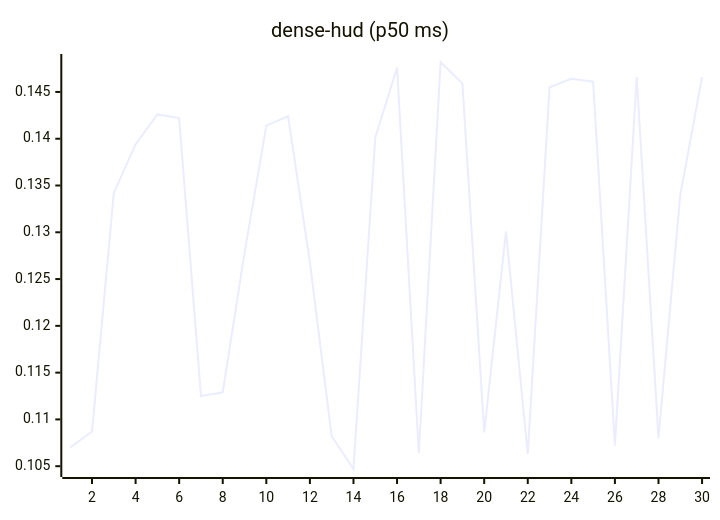
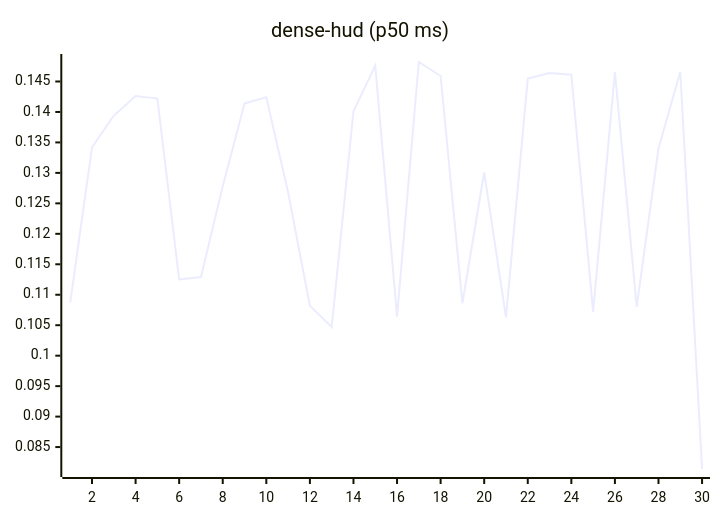
Before and after one commit to josha/Facet: the eighth of 27 diagrams in README.md, drawn with Mermaid. The commit also changed other lines of this file and 2 other files, not shown here.

````diff
--- a/README.md
+++ b/README.md
@@ -112,6 +112,6 @@
 ```mermaid
 xychart-beta
     title "dense-hud (p50 ms)"
     x-axis 1 --> 30
-    line [0.1070, 0.1087, 0.1342, 0.1394, 0.1426, 0.1422, 0.1125, 0.1129, 0.1278, 0.1414, 0.1424, 0.1268, 0.1082, 0.1047, 0.1401, 0.1476, 0.1064, 0.1482, 0.1459, 0.1086, 0.1301, 0.1063, 0.1455, 0.1464, 0.1461, 0.1072, 0.1466, 0.1080, 0.1340, 0.1466]
+    line [0.1087, 0.1342, 0.1394, 0.1426, 0.1422, 0.1125, 0.1129, 0.1278, 0.1414, 0.1424, 0.1268, 0.1082, 0.1047, 0.1401, 0.1476, 0.1064, 0.1482, 0.1459, 0.1086, 0.1301, 0.1063, 0.1455, 0.1464, 0.1461, 0.1072, 0.1466, 0.1080, 0.1340, 0.1466, 0.0814]
 ```
````
